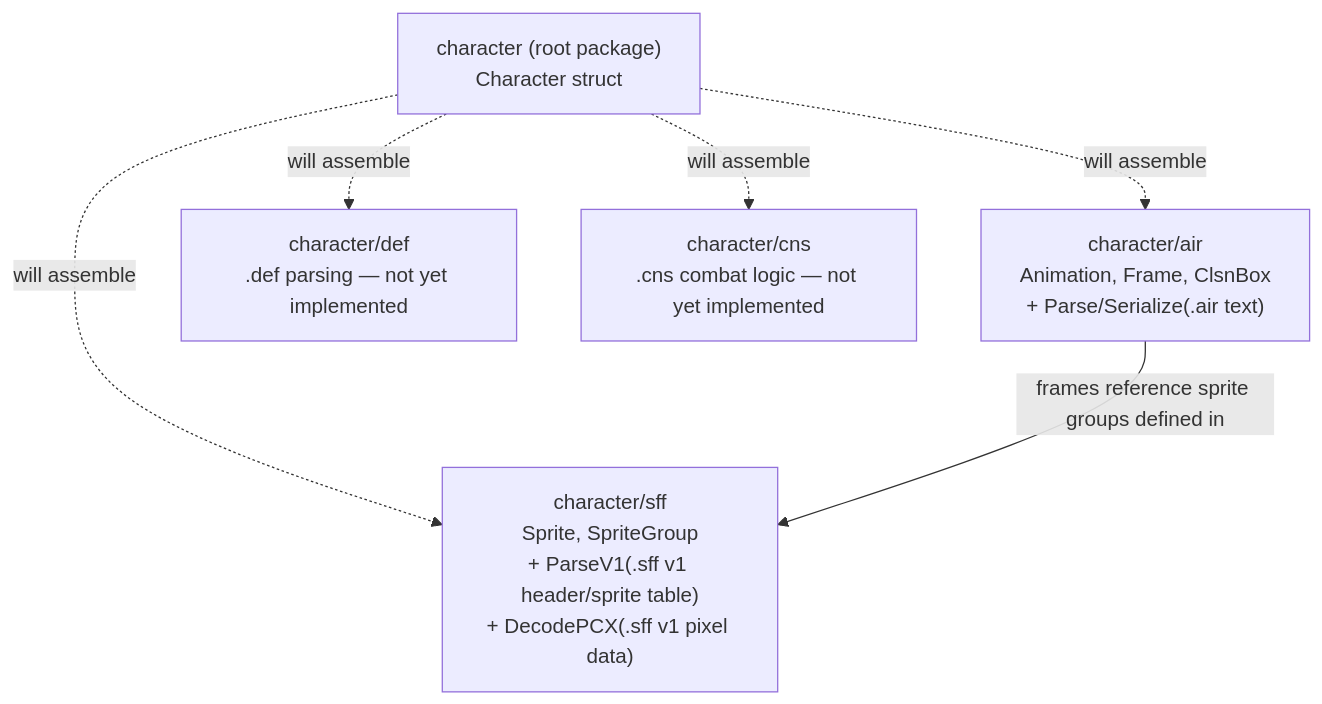
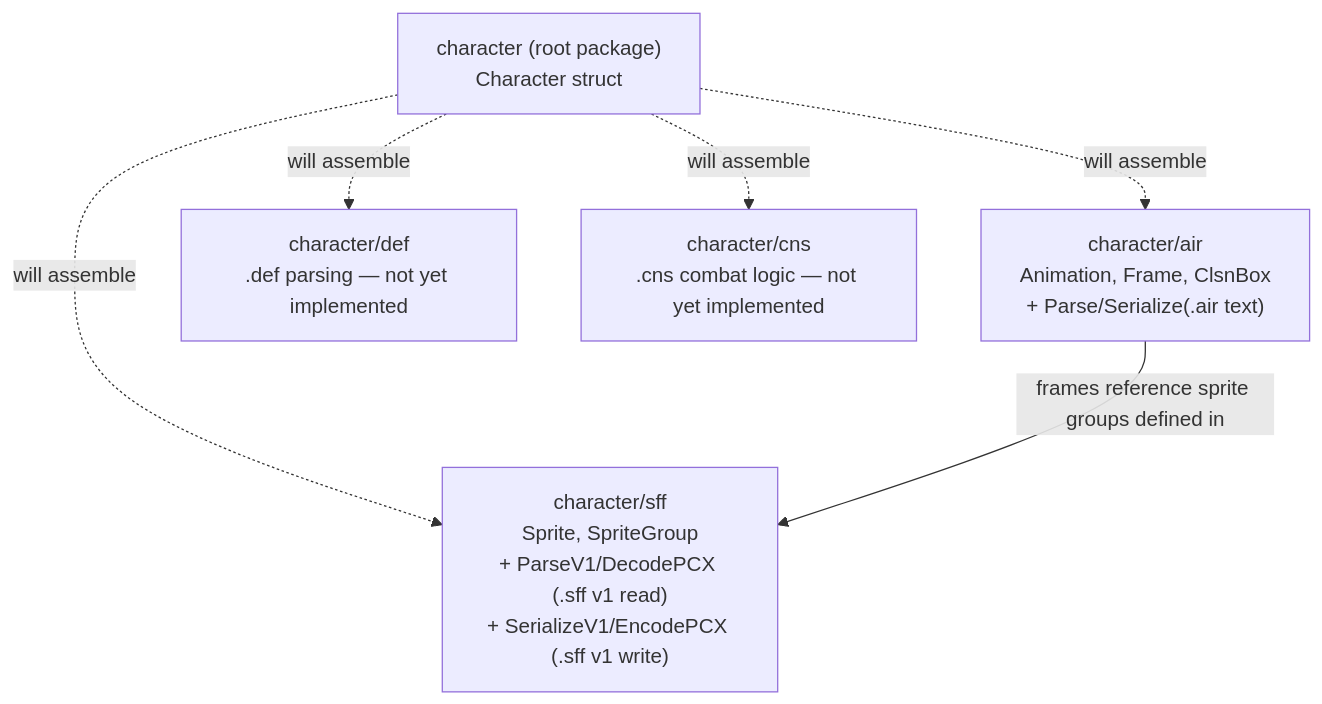
The diagram in docs/architecture.md (openkakutou/character), drawn with Mermaid before and after one commit. The commit also changed other lines of this file and 12 other files, not shown here.

Commit message:
feat: sprites can now be saved back out to a valid .sff v1 file, including their PCX-encoded pixel data, sprite-linking (shared pixel data), and palette-sharing settings; saved files load back correctly with no image data lost

````diff
--- a/docs/architecture.md
+++ b/docs/architecture.md
@@ -11,14 +11,14 @@
 ```mermaid
 graph TD
     root["character (root package)<br/>Character struct"]
     air["character/air<br/>Animation, Frame, ClsnBox<br/>+ Parse/Serialize(.air text)"]
     def["character/def<br/>.def parsing — not yet implemented"]
-    sff["character/sff<br/>Sprite, SpriteGroup<br/>+ ParseV1(.sff v1 header/sprite table)<br/>+ DecodePCX(.sff v1 pixel data)"]
+    sff["character/sff<br/>Sprite, SpriteGroup<br/>+ ParseV1/DecodePCX (.sff v1 read)<br/>+ SerializeV1/EncodePCX (.sff v1 write)"]
     cns["character/cns<br/>.cns combat logic — not yet implemented"]
 
     root -.->|will assemble| air
     root -.->|will assemble| def
     root -.->|will assemble| sff
     root -.->|will assemble| cns
     air -->|frames reference sprite groups defined in| sff
 ```
````
